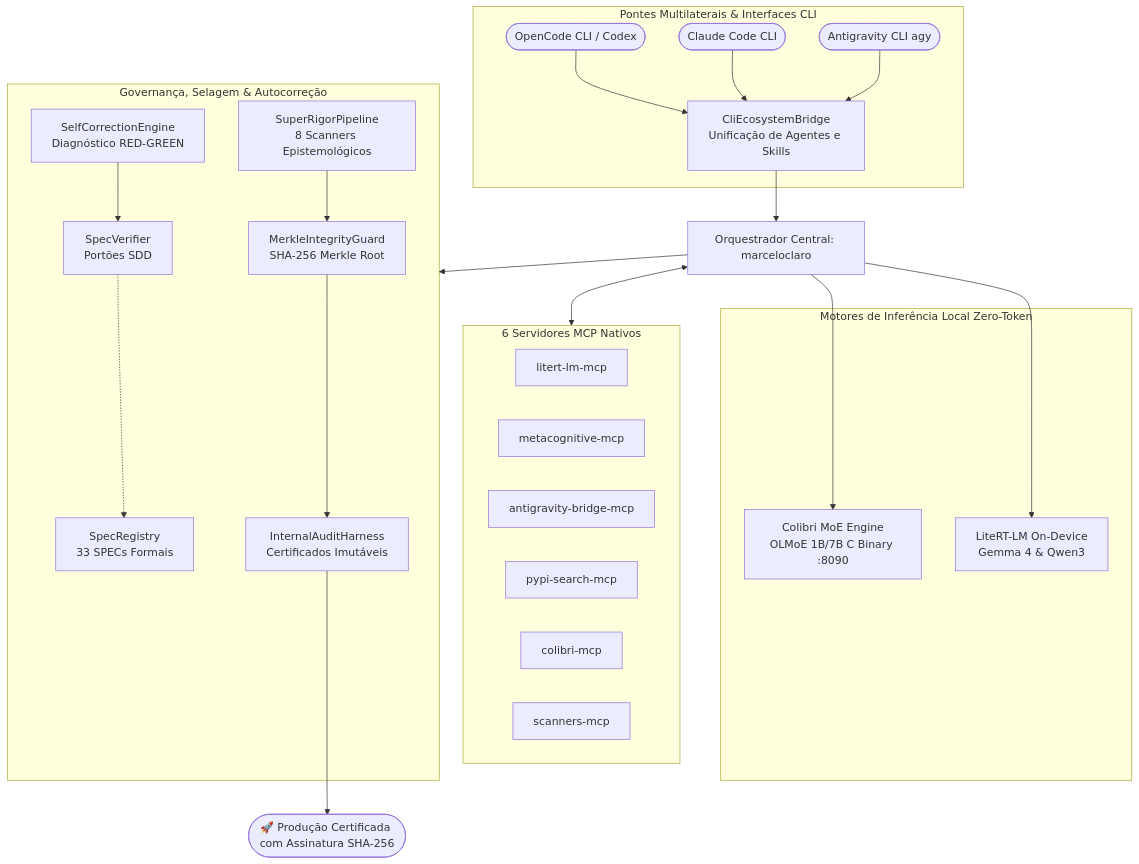
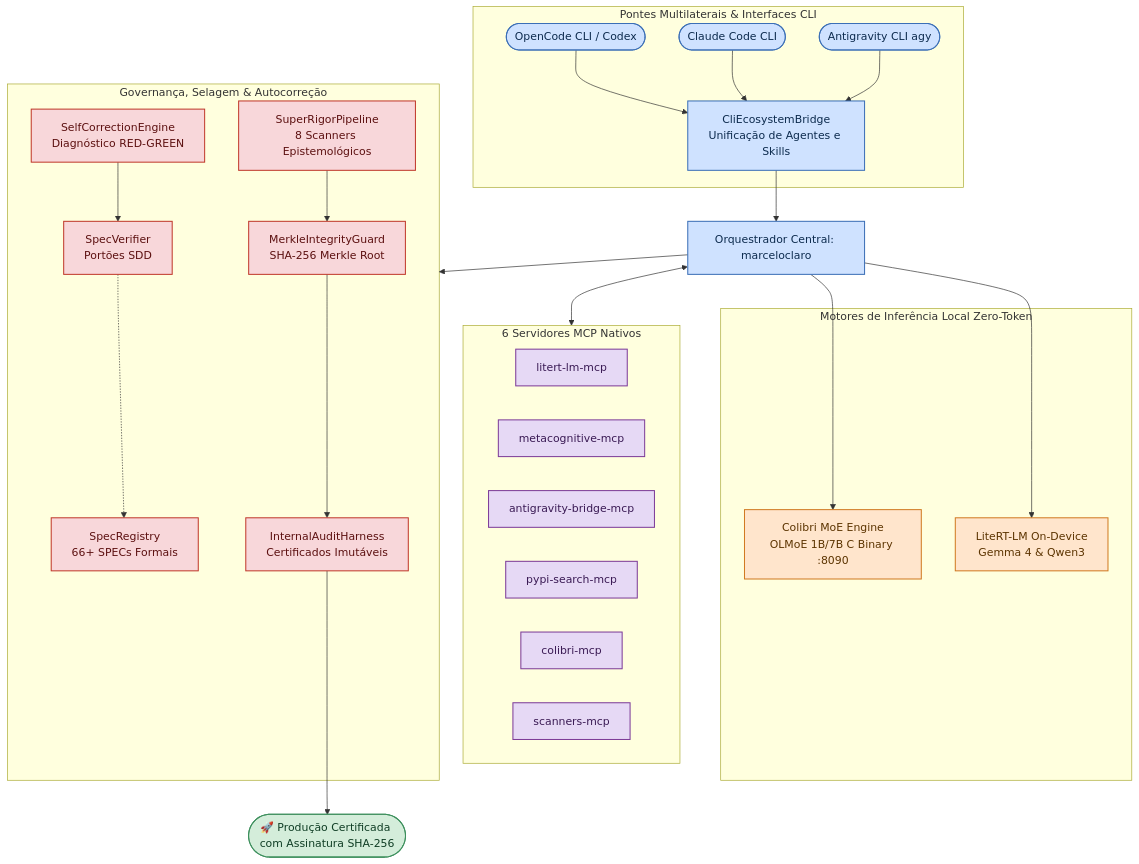
One commit to MarceloClaro/opencode-ecosystem-core changed the second of 4 diagrams in README.md. Above: the diagram before and after it, drawn with Mermaid. The commit also changed other lines of this file, not shown here.

First line of the commit message:
docs(readme): implementa paleta de cores real nos diagramas Mermaid + corrige números obsoletos

````diff
--- a/README.md
+++ b/README.md
@@ -329,57 +342,68 @@
 ```mermaid
 graph TD
     %% Entradas & Clientes
     subgraph Clients [Pontes Multilaterais & Interfaces CLI]
         OpenCodeCLI([OpenCode CLI / Codex])
         ClaudeCLI([Claude Code CLI])
         AntigravityCLI([Antigravity CLI agy])
         Bridge[CliEcosystemBridge<br>Unificação de Agentes e Skills]
 
         OpenCodeCLI --> Bridge
         ClaudeCLI --> Bridge
         AntigravityCLI --> Bridge
     end
 
     Bridge --> Orchestrator[Orquestrador Central: marceloclaro]
 
     %% Servidores MCP
     subgraph MCPServers [6 Servidores MCP Nativos]
         mcp1[litert-lm-mcp]
         mcp2[metacognitive-mcp]
         mcp3[antigravity-bridge-mcp]
         mcp4[pypi-search-mcp]
         mcp5[colibri-mcp]
         mcp6[scanners-mcp]
     end
 
     Orchestrator <--> MCPServers
 
     %% Motores de Inferência
     subgraph Engines [Motores de Inferência Local Zero-Token]
         ColibriEngine[Colibri MoE Engine<br>OLMoE 1B/7B C Binary :8090]
         LiteRTEngine[LiteRT-LM On-Device<br>Gemma 4 & Qwen3]
     end
 
     Orchestrator --> ColibriEngine
     Orchestrator --> LiteRTEngine
 
     %% Governança SDD, TDD e Selagem Criptográfica
     subgraph Governance [Governança, Selagem & Autocorreção]
-        SpecReg[SpecRegistry<br>33 SPECs Formais]
+        SpecReg[SpecRegistry<br>66+ SPECs Formais]
         SpecVer[SpecVerifier<br>Portões SDD]
         SelfCorr[SelfCorrectionEngine<br>Diagnóstico RED-GREEN]
         SuperRigor[SuperRigorPipeline<br>8 Scanners Epistemológicos]
         Merkle[MerkleIntegrityGuard<br>SHA-256 Merkle Root]
         AuditCert[InternalAuditHarness<br>Certificados Imutáveis]
 
         SpecVer -.-> SpecReg
         SelfCorr --> SpecVer
         SuperRigor --> Merkle
         Merkle --> AuditCert
     end
 
     Orchestrator --> Governance
 
     %% Saída Certificada
     AuditCert --> CertOutput([🚀 Produção Certificada com Assinatura SHA-256])
+
+    classDef blueNode fill:#cfe2ff,stroke:#3b6fb6,stroke-width:1.5px,color:#0d2b4e
+    classDef greenNode fill:#d4edda,stroke:#3c8f5c,stroke-width:1.5px,color:#0f3d24
+    classDef orangeNode fill:#ffe5cc,stroke:#d17a22,stroke-width:1.5px,color:#5c3400
+    classDef redNode fill:#f8d7da,stroke:#c0392b,stroke-width:1.5px,color:#5c1010
+    classDef purpleNode fill:#e6d9f5,stroke:#7d3c98,stroke-width:1.5px,color:#3a1a54
+    class OpenCodeCLI,ClaudeCLI,AntigravityCLI,Bridge,Orchestrator blueNode
+    class mcp1,mcp2,mcp3,mcp4,mcp5,mcp6 purpleNode
+    class ColibriEngine,LiteRTEngine orangeNode
+    class SpecReg,SpecVer,SelfCorr,SuperRigor,Merkle,AuditCert redNode
+    class CertOutput greenNode
 ```
````
